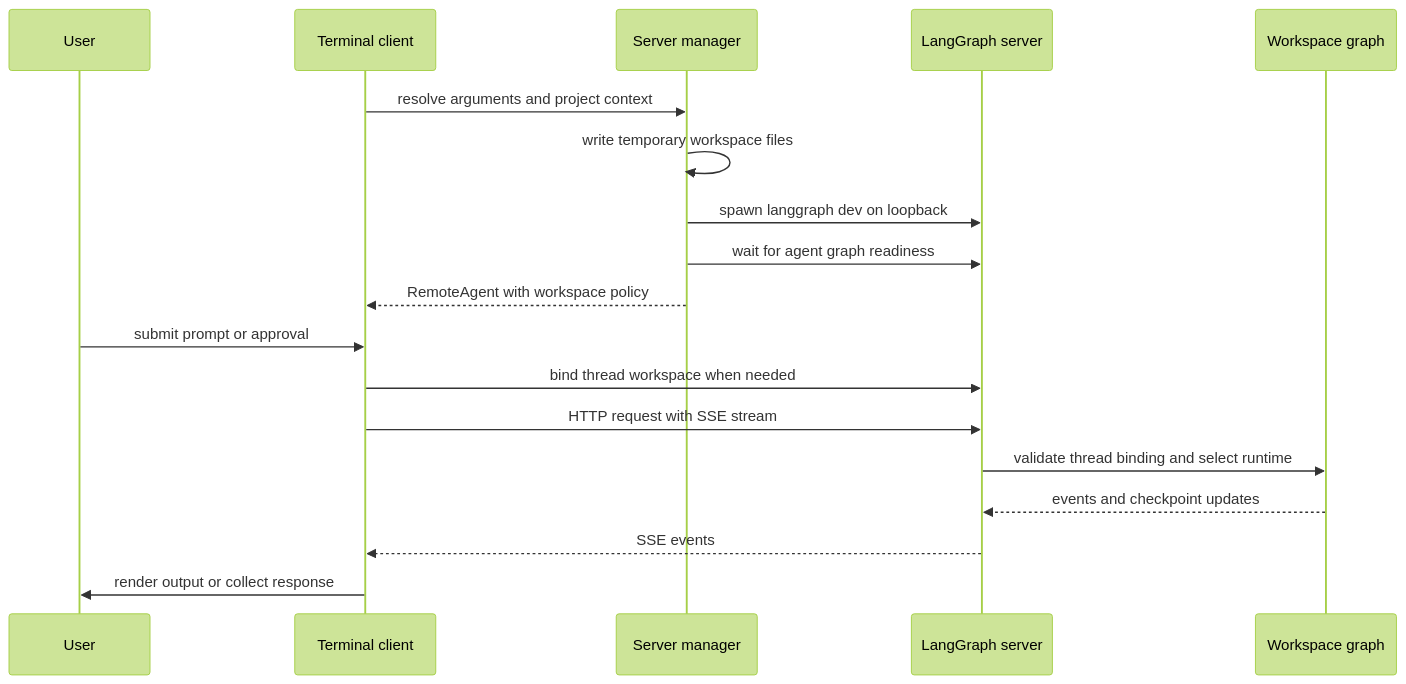
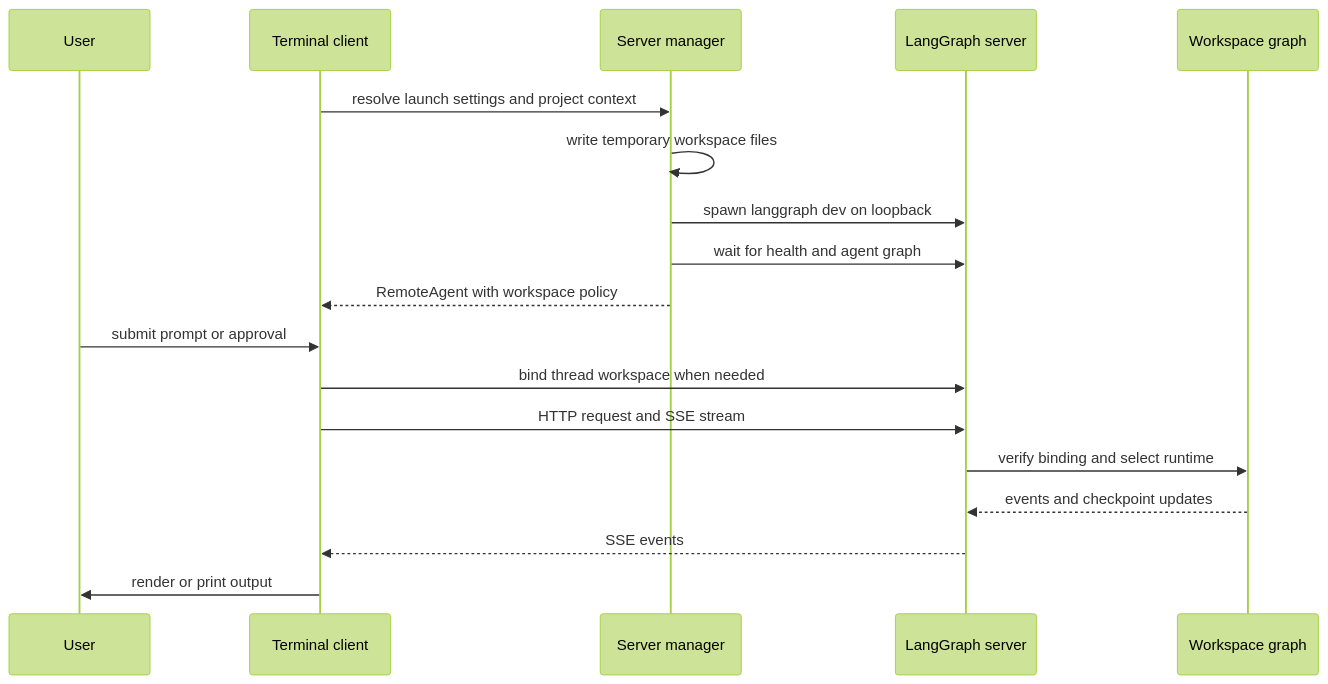
One commit to langchain-ai/deepagents changed the first of 2 diagrams in openwiki/architecture/code-agent.md. Above: the diagram before and after it, drawn with Mermaid (forest theme). The commit also changed other lines of this file and 28 other files, not shown here.

````diff
--- a/openwiki/architecture/code-agent.md
+++ b/openwiki/architecture/code-agent.md
@@ -52,21 +54,21 @@
 ```mermaid
 sequenceDiagram
     participant User
     participant Client as Terminal client
     participant Manager as Server manager
     participant Server as LangGraph server
     participant Graph as Workspace graph
 
-    Client->>Manager: resolve arguments and project context
+    Client->>Manager: resolve launch settings and project context
     Manager->>Manager: write temporary workspace files
     Manager->>Server: spawn langgraph dev on loopback
-    Manager->>Server: wait for agent graph readiness
+    Manager->>Server: wait for health and agent graph
     Manager-->>Client: RemoteAgent with workspace policy
     User->>Client: submit prompt or approval
     Client->>Server: bind thread workspace when needed
-    Client->>Server: HTTP request with SSE stream
-    Server->>Graph: validate thread binding and select runtime
+    Client->>Server: HTTP request and SSE stream
+    Server->>Graph: verify binding and select runtime
     Graph-->>Server: events and checkpoint updates
     Server-->>Client: SSE events
-    Client->>User: render output or collect response
+    Client->>User: render or print output
 ```
````
